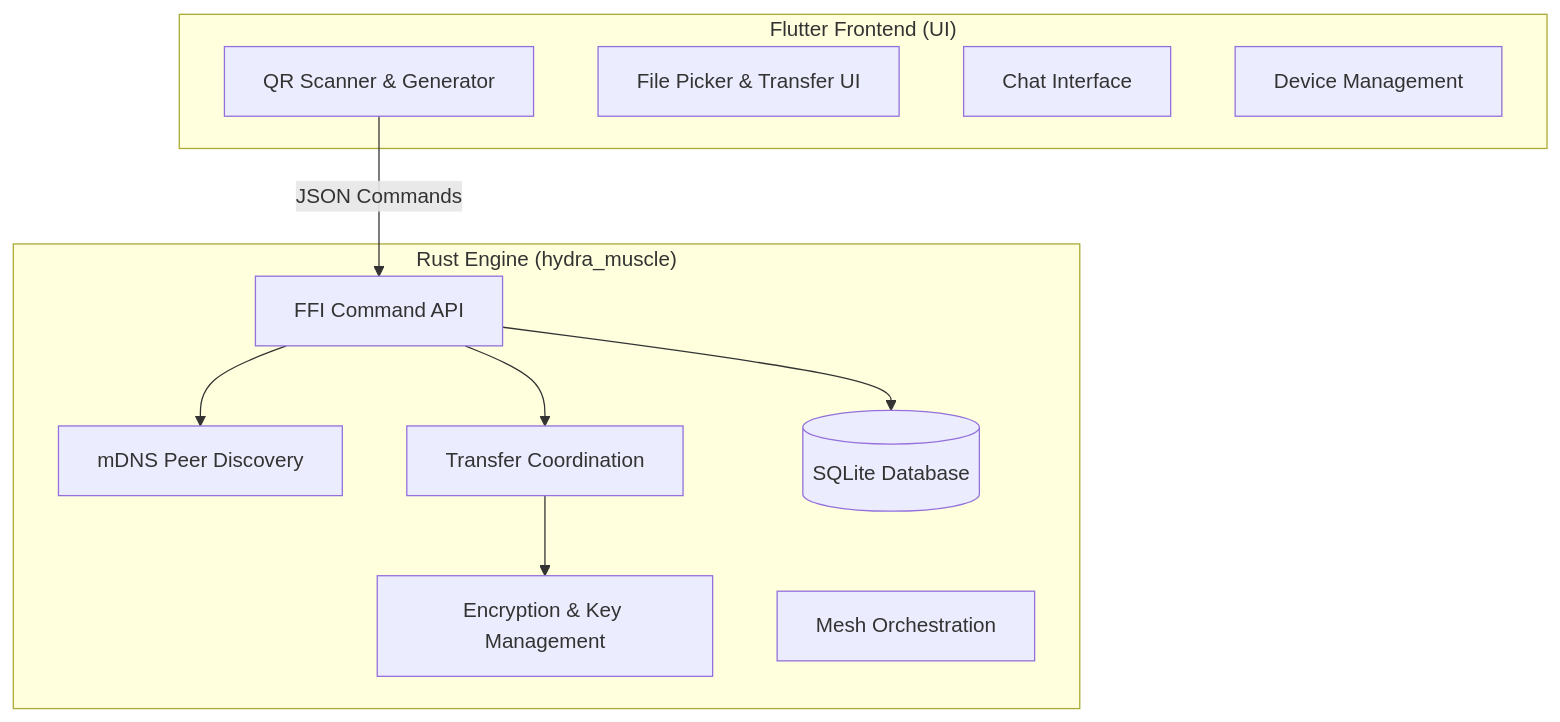
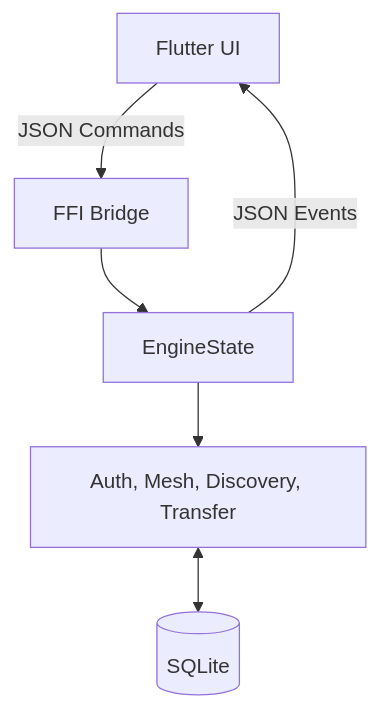
One commit to NexGenCodes/hydrashare changed the diagram in README.md. Above: the diagram before and after it, drawn with Mermaid. The commit also changed other lines of this file and 71 other files, not shown here.

First line of the commit message:
Refactor: Comprehensive Architecture Update and UI Enhancements

````diff
--- a/README.md
+++ b/README.md
@@ -42,24 +42,8 @@
 ```mermaid
 graph TD
-    subgraph Frontend ["Flutter Frontend (UI)"]
-        UI[QR Scanner & Generator]
-        TP[File Picker & Transfer UI]
-        CH[Chat Interface]
-        DM[Device Management]
-    end
-
-    subgraph Backend ["Rust Engine (hydra_muscle)"]
-        disc[mDNS Peer Discovery]
-        sec[Encryption & Key Management]
-        coord[Transfer Coordination]
-        mesh[Mesh Orchestration]
-        db[(SQLite Database)]
-        ffi[FFI Command API]
-    end
-
-    UI -->|JSON Commands| ffi
-    ffi --> disc
-    ffi --> db
-    ffi --> coord
-    coord --> sec
+    Flutter[Flutter UI] -- JSON Commands --> FFI[FFI Bridge]
+    FFI --> Engine[EngineState]
+    Engine --> Services[Auth, Mesh, Discovery, Transfer]
+    Services <--> DB[(SQLite)]
+    Engine -- JSON Events --> Flutter
 ```
````
